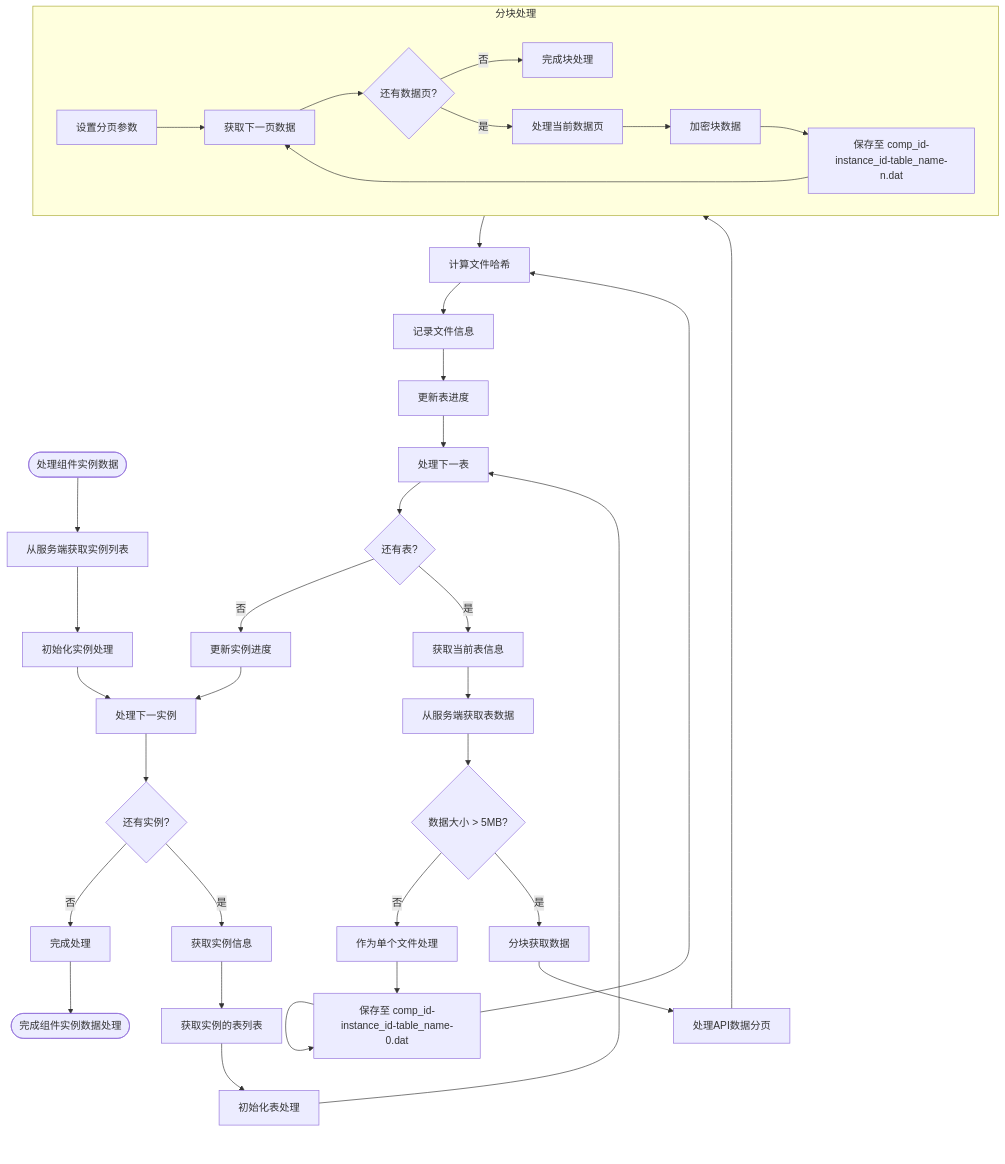
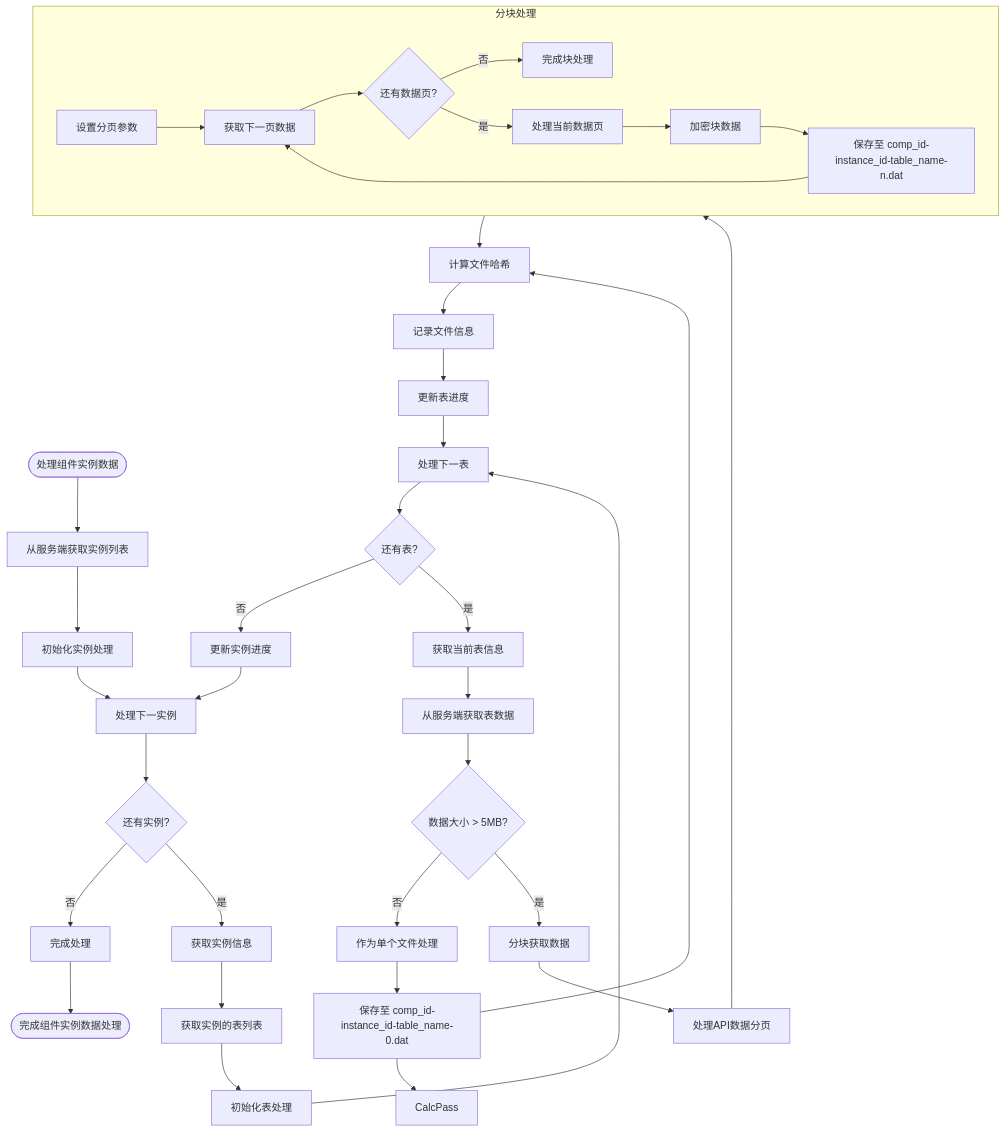
The diagram in all/未命名-52.md (yingjianzh/iodraw-files), drawn with Mermaid before and after one commit.

Commit message:
2025-05-09 15:22:21 update

````diff
--- a/all/未命名-52.md
+++ b/all/未命名-52.md
@@ -1,51 +1,51 @@
 ```mermaid
 flowchart TD
     Start([处理组件实例数据]) --> FetchInstanceList[从服务端获取实例列表]
     FetchInstanceList --> InitInstanceProcess[初始化实例处理]
     
     InitInstanceProcess --> ProcessNextInst[处理下一实例]
     ProcessNextInst --> MoreInsts{还有实例?}
     MoreInsts -->|否| CompleteProcess[完成处理]
     MoreInsts -->|是| GetInstanceInfo[获取实例信息]
     
     GetInstanceInfo --> FetchTableList[获取实例的表列表]
     FetchTableList --> InitTableProcess[初始化表处理]
     
     InitTableProcess --> ProcessNextTable[处理下一表]
     ProcessNextTable --> MoreTables{还有表?}
     MoreTables -->|否| UpdateInstProgress[更新实例进度]
     MoreTables -->|是| GetTableInfo[获取当前表信息]
     
     UpdateInstProgress --> ProcessNextInst
     
     GetTableInfo --> FetchTableData[从服务端获取表数据]
     FetchTableData --> DataSize{数据大小 > 5MB?}
     
     DataSize -->|否| SingleFile[作为单个文件处理]
     DataSize -->|是| ChunkedFetch[分块获取数据]
     
     SingleFile --> SaveInstData[保存至 comp_id-instance_id-table_name-0.dat]
     ChunkedFetch --> ProcessAPIChunks[处理API数据分页]
     
     subgraph ChunkProcess [分块处理]
         C1[设置分页参数] --> C2[获取下一页数据]
         C2 --> C3{还有数据页?}
         C3 -->|否| C7[完成块处理]
         C3 -->|是| C4[处理当前数据页]
         C4 --> C5[加密块数据]
         C5 --> C6[保存至 comp_id-instance_id-table_name-n.dat]
         C6 --> C2
     end
     
     ProcessAPIChunks --> ChunkProcess
     
-    SaveInstData --> 
+    SaveInstData --> CalcPass
     SaveInstData --> CalcFileHash[计算文件哈希]
     ChunkProcess --> CalcFileHash
     
     CalcFileHash --> RecordFileInfo[记录文件信息]
     RecordFileInfo --> UpdateTableProgress[更新表进度]
     UpdateTableProgress --> ProcessNextTable
     
     CompleteProcess --> End([完成组件实例数据处理])
 ```
````
